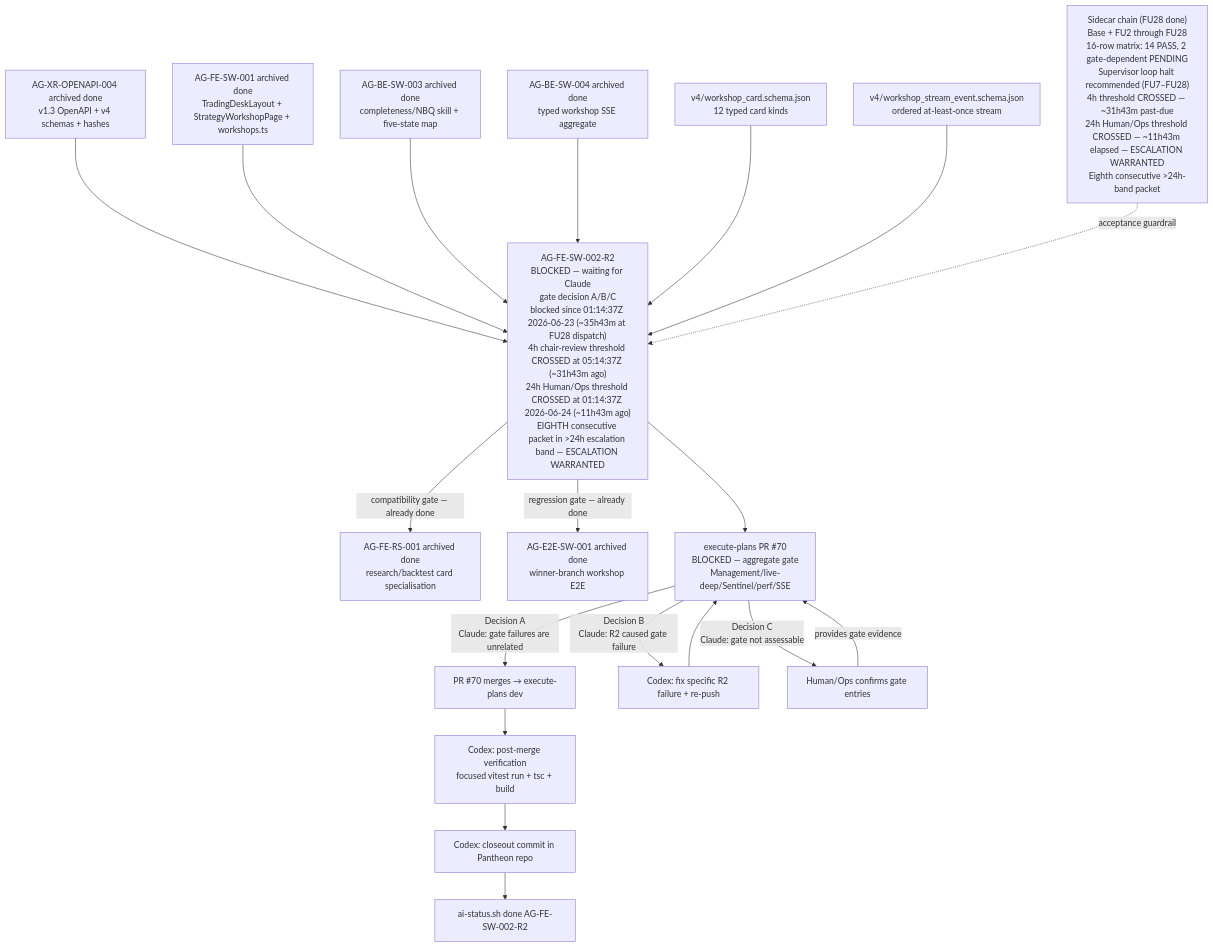
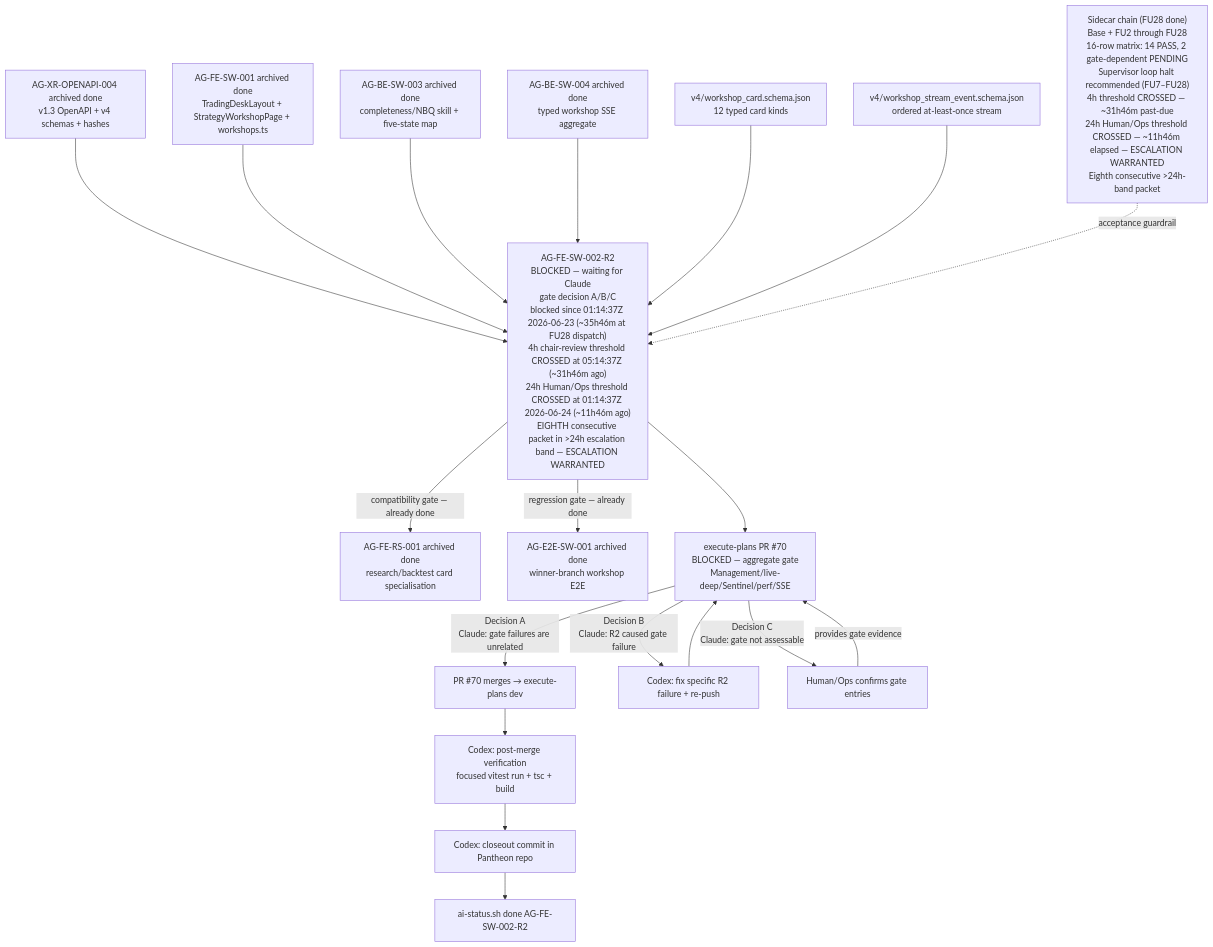
The diagram in support/sidecars/AG-FE-SW-002-R2/AG-FE-SW-002-R2-SIDECAR-ACCEPTANCE-FOLLOWUP-28.md (ajoe734/pantheon), drawn with Mermaid before and after one commit. The commit also changed other lines of this file, not shown here.

First line of the commit message:
AG-FE-SW-002-R2-SIDECAR-ACCEPTANCE-FOLLOWUP-28: fix FU-28 evidence

````diff
--- a/support/sidecars/AG-FE-SW-002-R2/AG-FE-SW-002-R2-SIDECAR-ACCEPTANCE-FOLLOWUP-28.md
+++ b/support/sidecars/AG-FE-SW-002-R2/AG-FE-SW-002-R2-SIDECAR-ACCEPTANCE-FOLLOWUP-28.md
@@ -339,28 +347,28 @@
 ```mermaid
 graph TD
     XR004["AG-XR-OPENAPI-004 archived done<br/>v1.3 OpenAPI + v4 schemas + hashes"] --> FESW002R2
     FESW001["AG-FE-SW-001 archived done<br/>TradingDeskLayout + StrategyWorkshopPage + workshops.ts"] --> FESW002R2
     BESW003["AG-BE-SW-003 archived done<br/>completeness/NBQ skill + five-state map"] --> FESW002R2
     BESW004["AG-BE-SW-004 archived done<br/>typed workshop SSE aggregate"] --> FESW002R2
     CardSchema["v4/workshop_card.schema.json<br/>12 typed card kinds"] --> FESW002R2
     StreamSchema["v4/workshop_stream_event.schema.json<br/>ordered at-least-once stream"] --> FESW002R2
 
-    FESW002R2["AG-FE-SW-002-R2<br/>BLOCKED — waiting for Claude<br/>gate decision A/B/C<br/>blocked since 01:14:37Z 2026-06-23 (~35h43m at FU28 dispatch)<br/>4h chair-review threshold CROSSED at 05:14:37Z (~31h43m ago)<br/>24h Human/Ops threshold CROSSED at 01:14:37Z 2026-06-24 (~11h43m ago)<br/>EIGHTH consecutive packet in >24h escalation band — ESCALATION WARRANTED"]
+    FESW002R2["AG-FE-SW-002-R2<br/>BLOCKED — waiting for Claude<br/>gate decision A/B/C<br/>blocked since 01:14:37Z 2026-06-23 (~35h46m at FU28 dispatch)<br/>4h chair-review threshold CROSSED at 05:14:37Z (~31h46m ago)<br/>24h Human/Ops threshold CROSSED at 01:14:37Z 2026-06-24 (~11h46m ago)<br/>EIGHTH consecutive packet in >24h escalation band — ESCALATION WARRANTED"]
 
     FESW002R2 -->|"compatibility gate — already done"| FERS001["AG-FE-RS-001 archived done<br/>research/backtest card specialisation"]
     FESW002R2 -->|"regression gate — already done"| E2E["AG-E2E-SW-001 archived done<br/>winner-branch workshop E2E"]
     FESW002R2 --> PR70["execute-plans PR #70<br/>BLOCKED — aggregate gate<br/>Management/live-deep/Sentinel/perf/SSE"]
 
     PR70 -->|"Decision A<br/>Claude: gate failures are unrelated"| Merge["PR #70 merges → execute-plans dev"]
     PR70 -->|"Decision B<br/>Claude: R2 caused gate failure"| Fix["Codex: fix specific R2 failure + re-push"]
     PR70 -->|"Decision C<br/>Claude: gate not assessable"| HumanOps["Human/Ops confirms gate entries"]
 
     Fix --> PR70
     HumanOps -->|"provides gate evidence"| PR70
 
     Merge --> PostMerge["Codex: post-merge verification<br/>focused vitest run + tsc + build"]
     PostMerge --> CloseoutCommit["Codex: closeout commit in Pantheon repo"]
     CloseoutCommit --> Done["ai-status.sh done AG-FE-SW-002-R2"]
 
-    SidecarChain["Sidecar chain (FU28 done)<br/>Base + FU2 through FU28<br/>16-row matrix: 14 PASS, 2 gate-dependent PENDING<br/>Supervisor loop halt recommended (FU7–FU28)<br/>4h threshold CROSSED — ~31h43m past-due<br/>24h Human/Ops threshold CROSSED — ~11h43m elapsed — ESCALATION WARRANTED<br/>Eighth consecutive >24h-band packet"] -.->|"acceptance guardrail"| FESW002R2
+    SidecarChain["Sidecar chain (FU28 done)<br/>Base + FU2 through FU28<br/>16-row matrix: 14 PASS, 2 gate-dependent PENDING<br/>Supervisor loop halt recommended (FU7–FU28)<br/>4h threshold CROSSED — ~31h46m past-due<br/>24h Human/Ops threshold CROSSED — ~11h46m elapsed — ESCALATION WARRANTED<br/>Eighth consecutive >24h-band packet"] -.->|"acceptance guardrail"| FESW002R2
 ```
````
